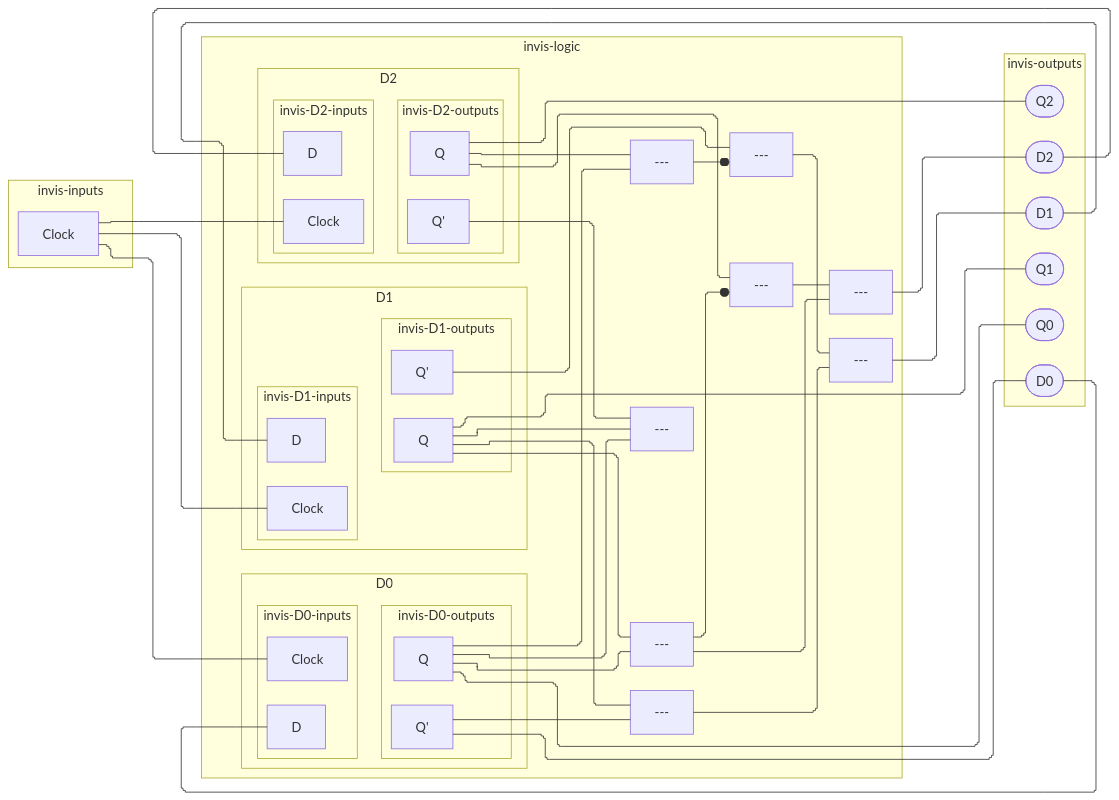
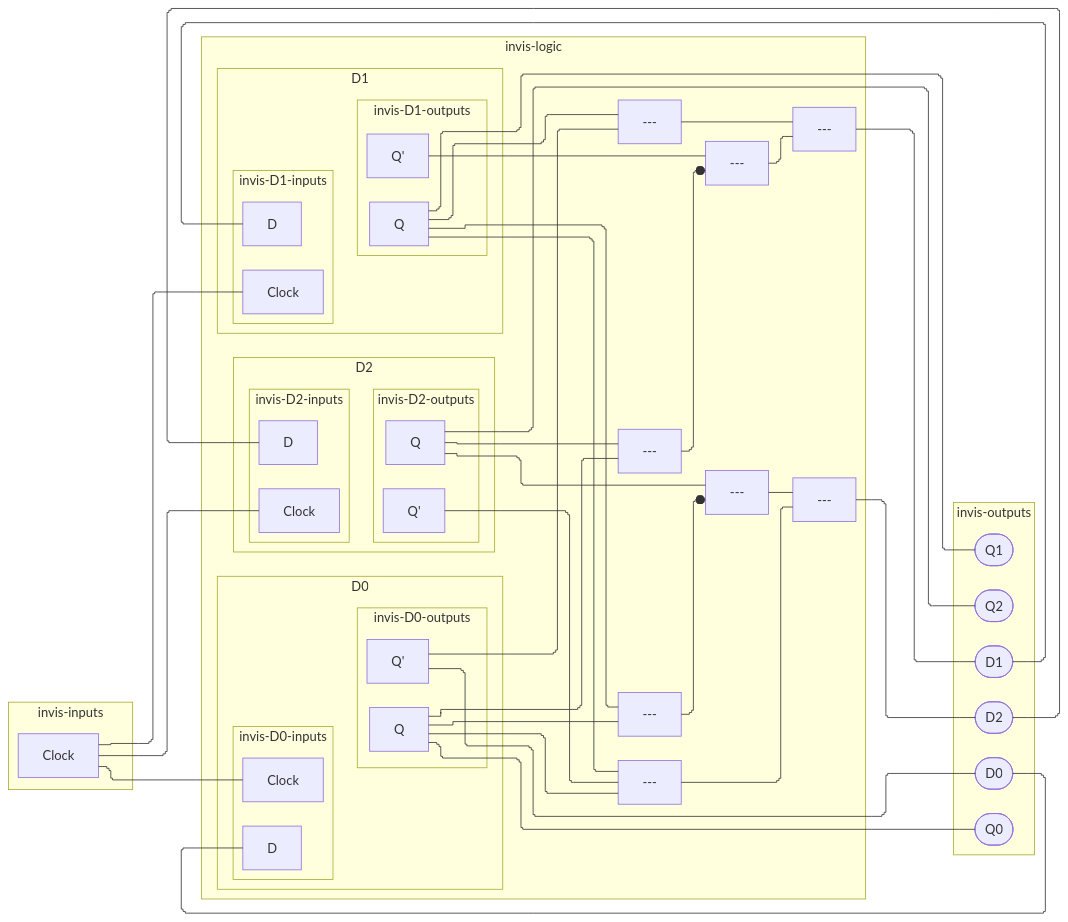
One commit to tnichols217/notes changed the fifth of 5 diagrams in CSDS 281 - Logic Design/HW/8/Tables.md. Above: the diagram before and after it, drawn with Mermaid. The commit also changed other lines of this file and 1 other file, not shown here.

Commit message:
vault backup: 2024-04-05 00:19:51

````diff
--- a/CSDS 281 - Logic Design/HW/8/Tables.md
+++ b/CSDS 281 - Logic Design/HW/8/Tables.md
@@ -180,70 +180,70 @@
 ```mermaid
 %%{ init: { 'flowchart': { 'curve': 'stepBefore', "defaultRenderer": "elk" } } }%%
 flowchart LR
 subgraph invis-inputs
 	Clock
 end
 subgraph invis-logic
 	subgraph D0
 		subgraph invis-D0-inputs
 			D0i[D]
 			D0c[Clock]
 		end
 		Clock --- D0c
 		subgraph invis-D0-outputs
 			Q0[Q]
 			Q0P[Q']
 		end
 		invis-D0-inputs ~~~ invis-D0-outputs
 	end
 	subgraph D1
 		subgraph invis-D1-inputs
 			D1i[D]
 			D1c[Clock]
 		end
 		Clock --- D1c
 		subgraph invis-D1-outputs
 			Q1[Q]
 			Q1P[Q']
 		end
 		invis-D1-inputs ~~~ invis-D1-outputs
 	end
 	subgraph D2
 		subgraph invis-D2-inputs
 			D2i[D]
 			D2c[Clock]
 		end
 		Clock --- D2c
 		subgraph invis-D2-outputs
 			Q2[Q]
 			Q2P[Q']
 		end
 		invis-D2-inputs ~~~ invis-D2-outputs
 	end
 	Q2 & Q0 --- xor1[---]
 	Q1P --- and1[---]
 	xor1 ---o and1
 	Q1 & Q0P --- and2[---]
 	and1 & and2 --- or1[---]
 	Q2P & Q1 & Q0 --- and3[---]
 	Q1 & Q0 --- and4[---]
 	Q2 --- and5[---]
 	and4 ---o and5
-	and4 & and5 --- or2[---]
+	and3 & and5 --- or2[---]
 end
 subgraph invis-outputs
 	D0ii
 	D1ii
 	D2ii
 	Q0P --- D0ii([D0])
 	D0ii --- D0i
 	or1 --- D1ii([D1])
 	D1ii --- D1i
 	or2 --- D2ii([D2])
 	D2ii --- D2i
 	Q0 --- Q0o([Q0])
 	Q1 --- Q1o([Q1])
 	Q2 --- Q2o([Q2])
 end
 invis-inputs ~~~ invis-logic ~~~ invis-outputs
 ```
````
